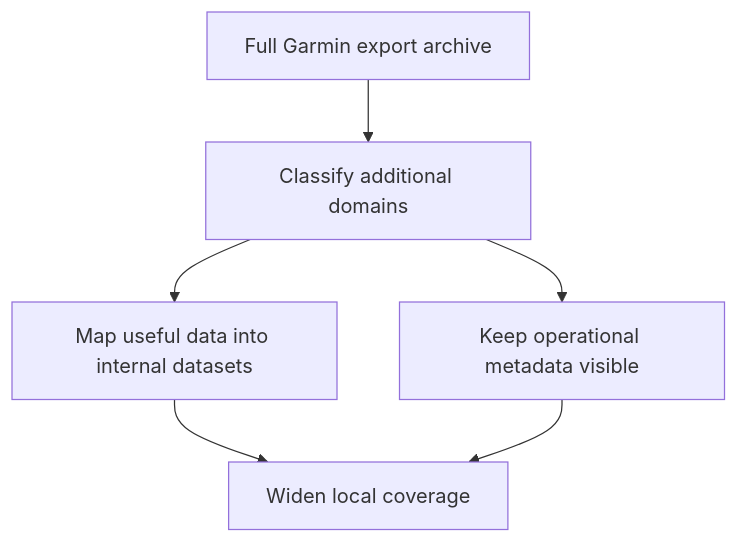
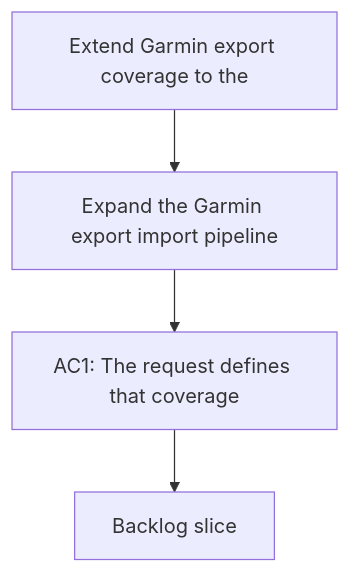
Before and after one commit to Jilanos/Coach_garmin: the diagram in logics/request/req_003_extend_garmin_export_coverage_to_the_full_initial_data_surface.md, drawn with Mermaid. The commit also changed other lines of this file and 86 other files, not shown here.

Commit message:
Harden chart UX and UTF-8 handling

````diff
--- a/logics/request/req_003_extend_garmin_export_coverage_to_the_full_initial_data_surface.md
+++ b/logics/request/req_003_extend_garmin_export_coverage_to_the_full_initial_data_surface.md
@@ -50,10 +50,8 @@
 ```mermaid
 %% logics-kind: request
-%% logics-signature: request|extend-garmin-export-coverage-to-the-f|full-export-archive-->classify-additional-domains-->widen-local-archive-coverage|ac1-the-request-defines-that-the-p
+%% logics-signature: request|extend-garmin-export-coverage-to-the-ful|expand-the-garmin-export-import-pipeline|ac1-the-request-defines-that-coverage
 flowchart TD
-    Archive[Full Garmin export archive] --> Classify[Classify additional domains]
-    Classify --> Model[Map useful data into internal datasets]
-    Classify --> Meta[Keep operational metadata visible]
-    Model --> Coverage[Widen local coverage]
-    Meta --> Coverage
+    Trigger[Extend Garmin export coverage to the] --> Need[Expand the Garmin export import pipeline]
+    Need --> Outcome[AC1: The request defines that coverage]
+    Outcome --> Backlog[Backlog slice]
 ```
````
